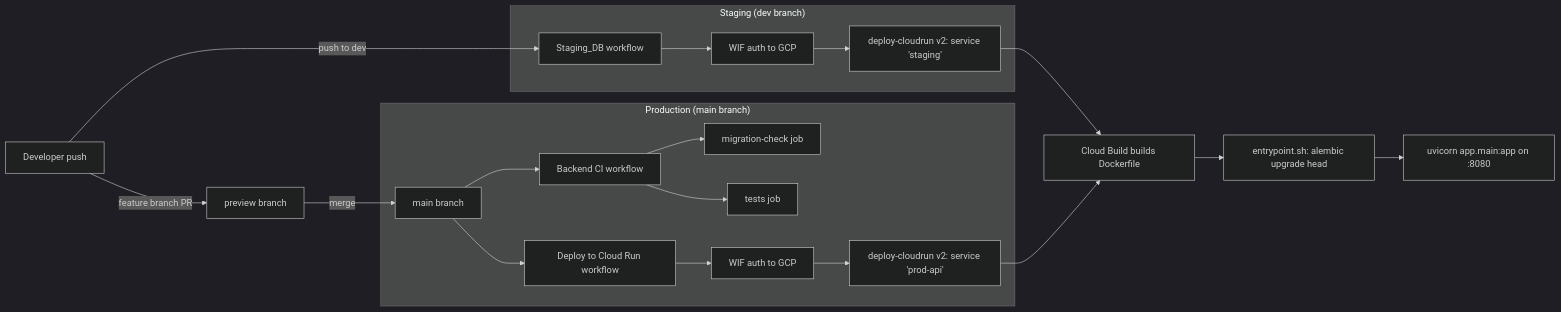
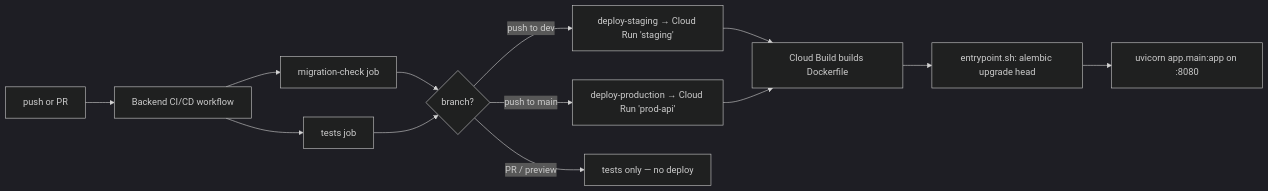
One commit to MinhNguyen2306/FundLok changed the diagram in docs/deployment/ci-cd-pipeline.md. Above: the diagram before and after it, drawn with Mermaid (dark theme). The commit also changed other lines of this file and 2 other files, not shown here.

````diff
--- a/docs/deployment/ci-cd-pipeline.md
+++ b/docs/deployment/ci-cd-pipeline.md
@@ -41,26 +51,15 @@
 ```mermaid
 flowchart LR
-    A[Developer push] -->|feature branch PR| B[preview branch]
-    A -->|push to dev| S1
-
-    subgraph "Staging (dev branch)"
-        S1[Staging_DB workflow] --> S2[WIF auth to GCP]
-        S2 --> S3[deploy-cloudrun v2: service 'staging']
-    end
-
-    B -->|merge| M[main branch]
-
-    subgraph "Production (main branch)"
-        M --> C1[Backend CI workflow]
-        M --> D1[Deploy to Cloud Run workflow]
-        C1 --> C2[migration-check job]
-        C1 --> C3[tests job]
-        D1 --> D2[WIF auth to GCP]
-        D2 --> D3[deploy-cloudrun v2: service 'prod-api']
-    end
-
-    S3 --> R1[Cloud Build builds Dockerfile]
-    D3 --> R1
+    A[push or PR] --> B[Backend CI/CD workflow]
+    B --> C1[migration-check job]
+    B --> C2[tests job]
+    C1 --> G{branch?}
+    C2 --> G
+    G -->|"push to dev"| S["deploy-staging → Cloud Run 'staging'"]
+    G -->|"push to main"| P["deploy-production → Cloud Run 'prod-api'"]
+    G -->|"PR / preview"| N[tests only — no deploy]
+    S --> R1[Cloud Build builds Dockerfile]
+    P --> R1
     R1 --> R2["entrypoint.sh: alembic upgrade head"]
     R2 --> R3["uvicorn app.main:app on :8080"]
 ```
````
